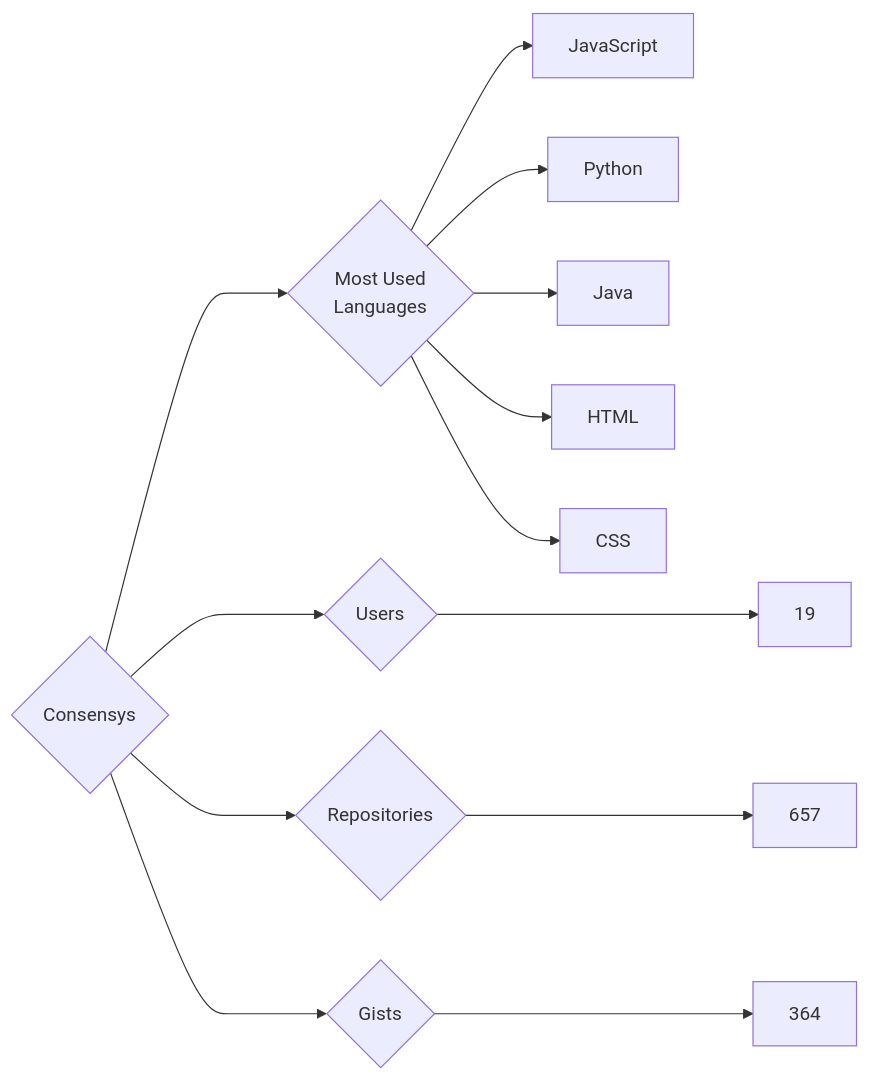
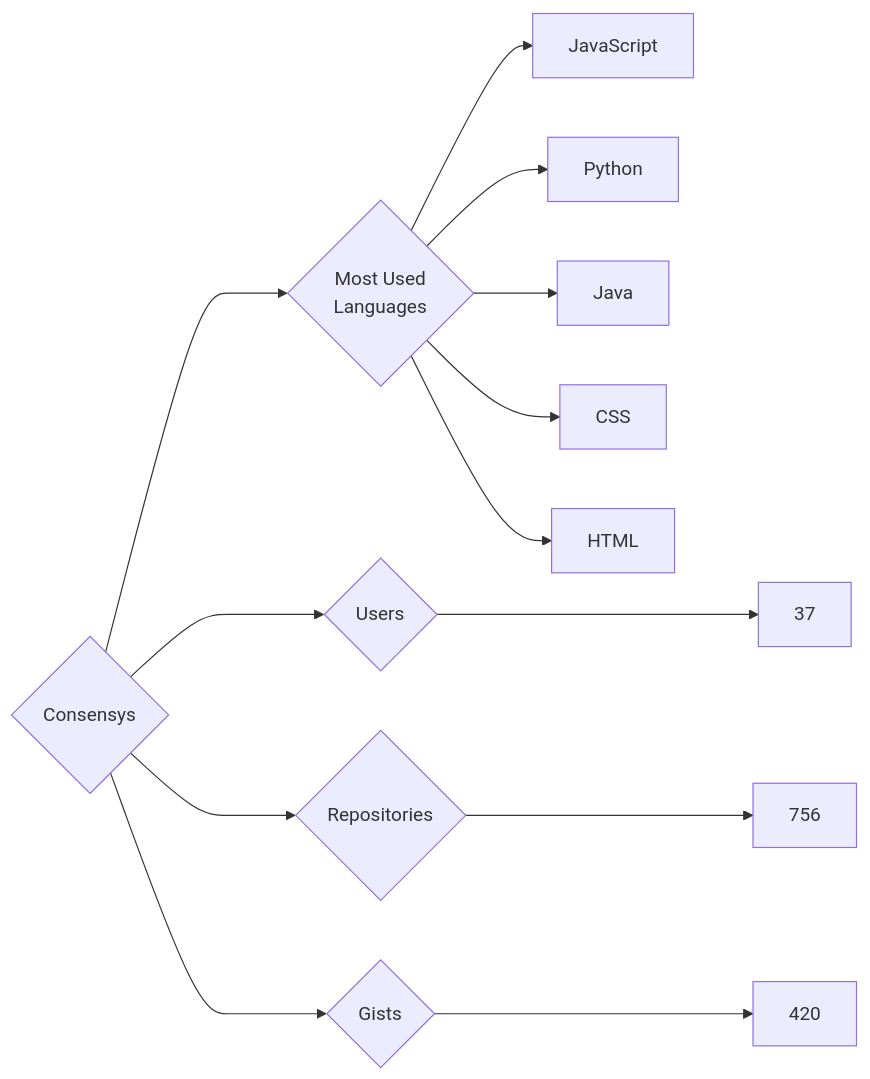
One commit to trickest/insiders changed the diagram in targets/Consensys/README.md. Above: the diagram before and after it, drawn with Mermaid. The commit also changed 636 other files, not shown here.

````diff
--- a/targets/Consensys/README.md
+++ b/targets/Consensys/README.md
@@ -3,13 +3,13 @@
 ```mermaid
 graph LR
 COMPANY_NAME{Consensys}
-COMPANY_NAME ---> U{Users} ---> UN[19]
-COMPANY_NAME ---> R{Repositories} ---> RN[657]
-COMPANY_NAME ---> G{Gists} ---> GN[364]
+COMPANY_NAME ---> U{Users} ---> UN[37]
+COMPANY_NAME ---> R{Repositories} ---> RN[756]
+COMPANY_NAME ---> G{Gists} ---> GN[420]
 COMPANY_NAME ---> ML{Most Used<br>Languages}
 ML --> JavaScript[JavaScript]
 ML --> Python[Python]
 ML --> Java[Java]
+ML --> CSS[CSS]
 ML --> HTML[HTML]
-ML --> CSS[CSS]
 ```
````
